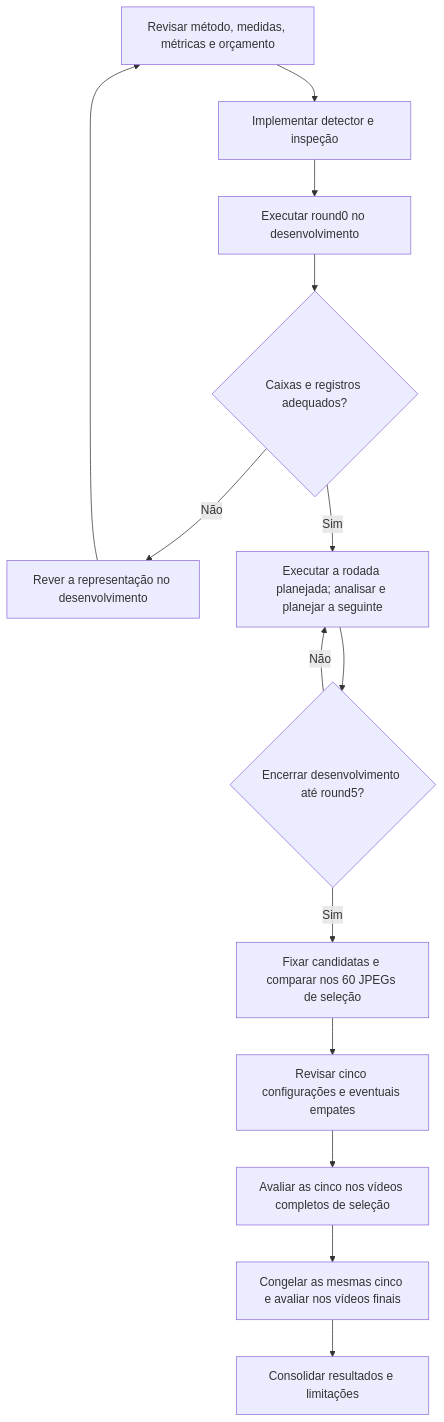
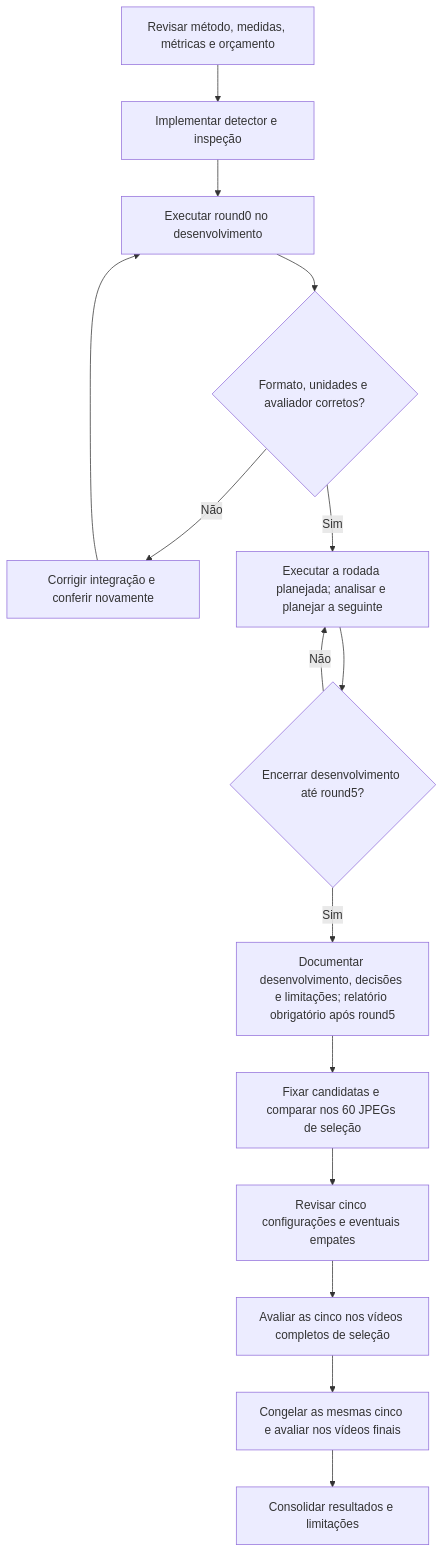
The diagram in analise/plano_blobs.md (LeandroJerse/visem-sperm-tracking), drawn with Mermaid before and after one commit. The commit also changed other lines of this file and 155 other files, not shown here.

````diff
--- a/analise/plano_blobs.md
+++ b/analise/plano_blobs.md
@@ -207,15 +240,16 @@
 ```mermaid
 flowchart TD
     P["Revisar método, medidas, métricas e orçamento"] --> I["Implementar detector e inspeção"]
     I --> Z["Executar round0 no desenvolvimento"]
-    Z --> R{"Caixas e registros adequados?"}
-    R -->|Não| A["Rever a representação no desenvolvimento"] --> P
+    Z --> R{"Formato, unidades e avaliador corretos?"}
+    R -->|Não| A["Corrigir integração e conferir novamente"] --> Z
     R -->|Sim| D["Executar a rodada planejada; analisar e planejar a seguinte"]
     D --> Q{"Encerrar desenvolvimento até round5?"}
     Q -->|Não| D
-    Q -->|Sim| S["Fixar candidatas e comparar nos 60 JPEGs de seleção"]
+    Q -->|Sim| T["Documentar desenvolvimento, decisões e limitações; relatório obrigatório após round5"]
+    T --> S["Fixar candidatas e comparar nos 60 JPEGs de seleção"]
     S --> C["Revisar cinco configurações e eventuais empates"]
     C --> V["Avaliar as cinco nos vídeos completos de seleção"]
     V --> F["Congelar as mesmas cinco e avaliar nos vídeos finais"]
     F --> E["Consolidar resultados e limitações"]
 ```
````
